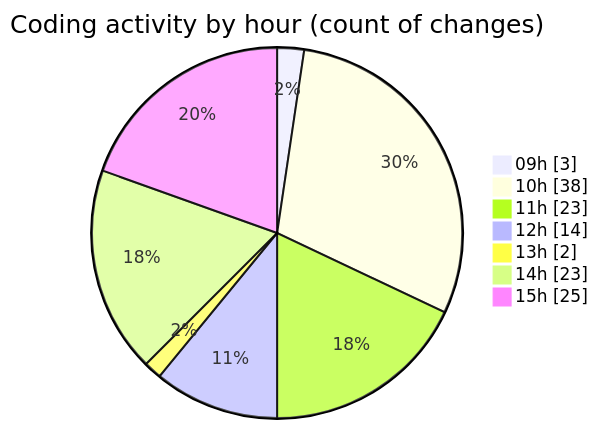
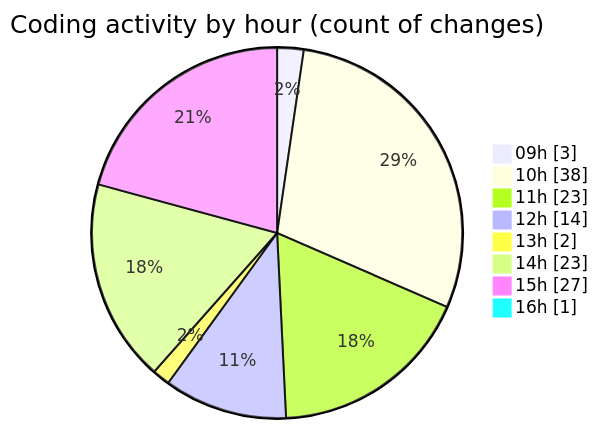
Before and after one commit to momahboobian/code-tracking: the second of 2 diagrams in 2025-11-19/cda/README.md, drawn with Mermaid. The commit also changed other lines of this file and 1 other file, not shown here.

````diff
--- a/2025-11-19/cda/README.md
+++ b/2025-11-19/cda/README.md
@@ -33,11 +33,12 @@
 ```mermaid
 pie showData
 title Coding activity by hour (count of changes)
 "09h" : 3
 "10h" : 38
 "11h" : 23
 "12h" : 14
 "13h" : 2
 "14h" : 23
-"15h" : 25
+"15h" : 27
+"16h" : 1
 ```
````
